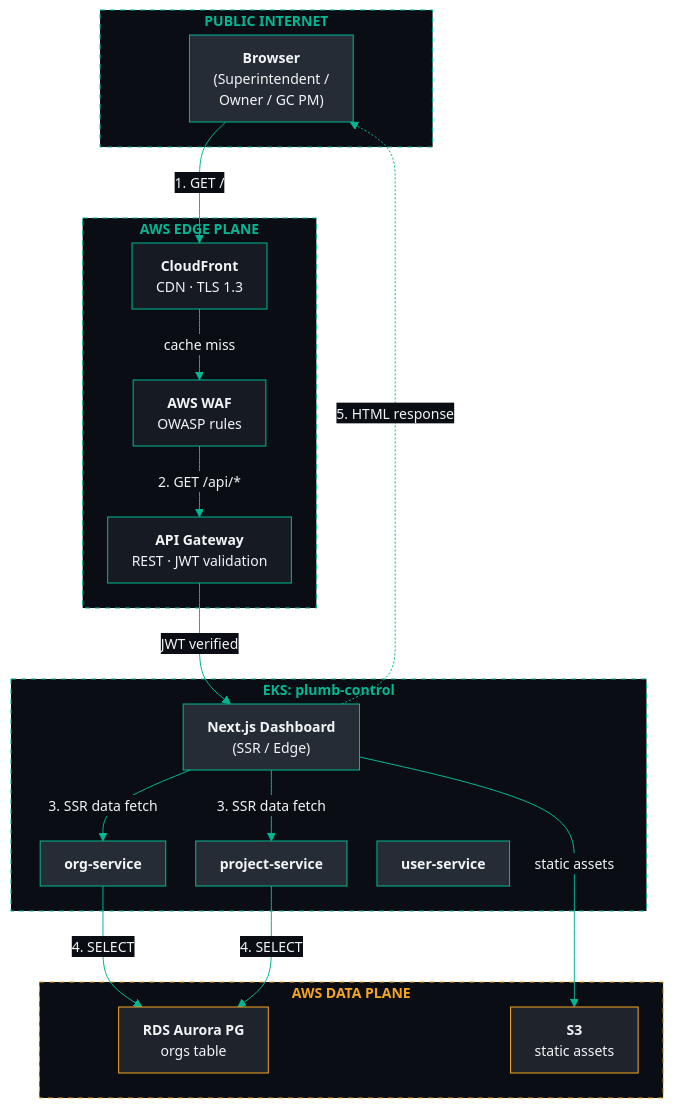
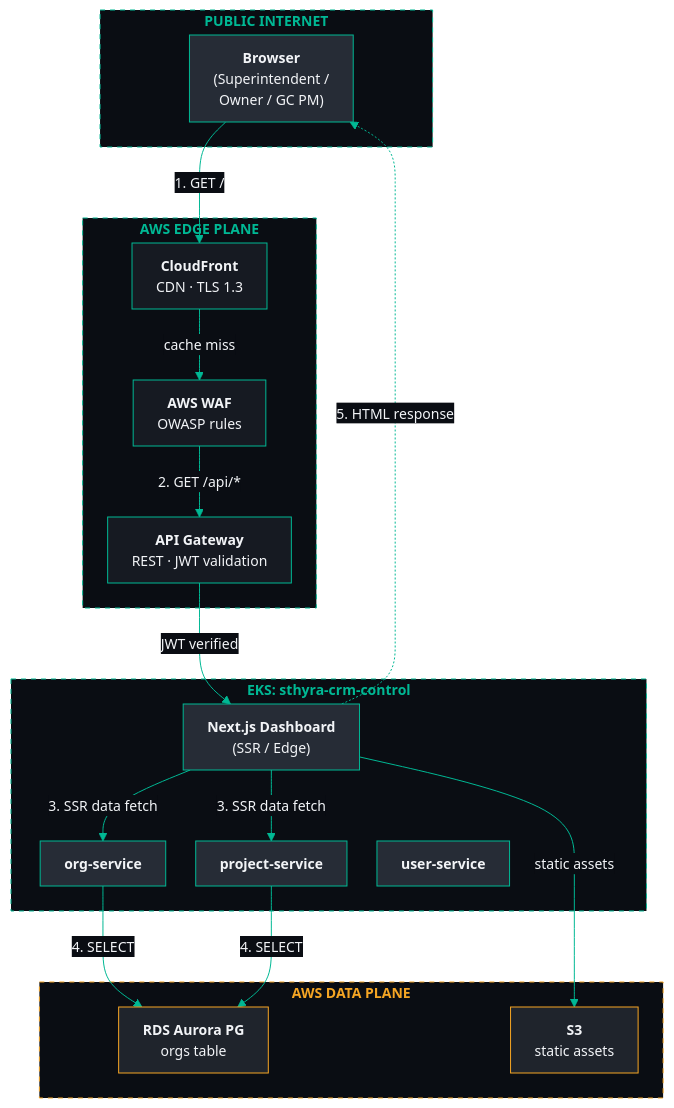
Before and after one commit to mkrmuralireddy98-dev/sthyra-crm: the diagram in docs/flowcharts/01-dashboard.mmd, drawn with Mermaid. The commit also changed 73 other files, not shown here.

First line of the commit message:
rename: Plumb → Sthyra CRM across all source, config, docs, and git

```diff
--- a/docs/flowcharts/01-dashboard.mmd
+++ b/docs/flowcharts/01-dashboard.mmd
@@ -1,71 +1,71 @@
 %%{init: {
   "theme": "base",
   "themeVariables": {
     "primaryColor": "#0A0D13",
     "primaryTextColor": "#F2F4F7",
     "primaryBorderColor": "#00B894",
     "lineColor": "#00B894",
     "secondaryColor": "#161A22",
     "tertiaryColor": "#262C36",
     "fontFamily": "Helvetica, Arial, sans-serif",
     "fontSize": "14px",
     "edgeLabelBackground": "#0A0D13"
   },
   "flowchart": {
     "curve": "basis",
     "nodeSpacing": 30,
     "rankSpacing": 50,
     "padding": 12
   }
 }}%%
 flowchart TB
     classDef edgeStyle fill:#161A22,stroke:#00B894,color:#F2F4F7
     classDef edgeTextStyle fill:#0A0D13,stroke:#00B894,color:#00B894
 
     subgraph PUBLIC["<b>PUBLIC INTERNET</b>"]
         Browser["<b>Browser</b><br/>(Superintendent /<br/>Owner / GC PM)"]
     end
 
     subgraph EDGE["<b>AWS EDGE PLANE</b>"]
         CF["<b>CloudFront</b><br/>CDN · TLS 1.3"]
         WAF["<b>AWS WAF</b><br/>OWASP rules"]
         APIGW["<b>API Gateway</b><br/>REST · JWT validation"]
     end
 
-    subgraph EKS_CONTROL["<b>EKS: plumb-control</b>"]
+    subgraph EKS_CONTROL["<b>EKS: sthyra-crm-control</b>"]
         NextJS["<b>Next.js Dashboard</b><br/>(SSR / Edge)"]
         OrgSvc["<b>org-service</b>"]
         ProjSvc["<b>project-service</b>"]
         UserSvc["<b>user-service</b>"]
     end
 
     subgraph DATA["<b>AWS DATA PLANE</b>"]
         RDS["<b>RDS Aurora PG</b><br/>orgs table"]
         S3["<b>S3</b><br/>static assets"]
     end
 
     Browser -->|1. GET /| CF
     CF -->|cache miss| WAF
     WAF -->|2. GET /api/*| APIGW
     APIGW -->|JWT verified| NextJS
     NextJS -->|3. SSR data fetch| OrgSvc
     NextJS -->|3. SSR data fetch| ProjSvc
     OrgSvc -->|4. SELECT| RDS
     ProjSvc -->|4. SELECT| RDS
     NextJS -->|static assets| S3
     NextJS -.->|5. HTML response| Browser
 
     style Browser fill:#262C36,stroke:#00B894,color:#F2F4F7
     style CF fill:#161A22,stroke:#00B894,color:#F2F4F7
     style WAF fill:#161A22,stroke:#00B894,color:#F2F4F7
     style APIGW fill:#161A22,stroke:#00B894,color:#F2F4F7
     style NextJS fill:#262C36,stroke:#00B894,color:#F2F4F7
     style OrgSvc fill:#262C36,stroke:#00B894,color:#F2F4F7
     style ProjSvc fill:#262C36,stroke:#00B894,color:#F2F4F7
     style UserSvc fill:#262C36,stroke:#00B894,color:#F2F4F7
     style RDS fill:#1F242C,stroke:#F5A524,color:#F2F4F7
     style S3 fill:#1F242C,stroke:#F5A524,color:#F2F4F7
     style PUBLIC fill:#0A0D13,stroke:#00B894,color:#00B894,stroke-dasharray:5 5
     style EDGE fill:#0A0D13,stroke:#00B894,color:#00B894,stroke-dasharray:5 5
     style EKS_CONTROL fill:#0A0D13,stroke:#00B894,color:#00B894,stroke-dasharray:5 5
     style DATA fill:#0A0D13,stroke:#F5A524,color:#F5A524,stroke-dasharray:5 5
```
